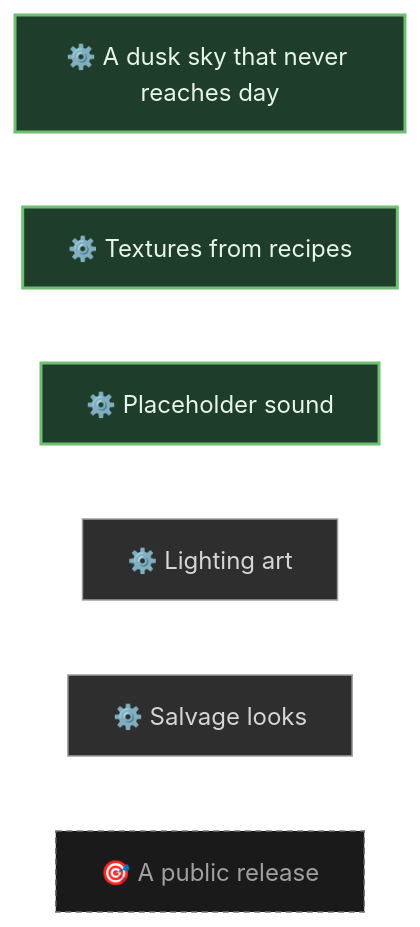
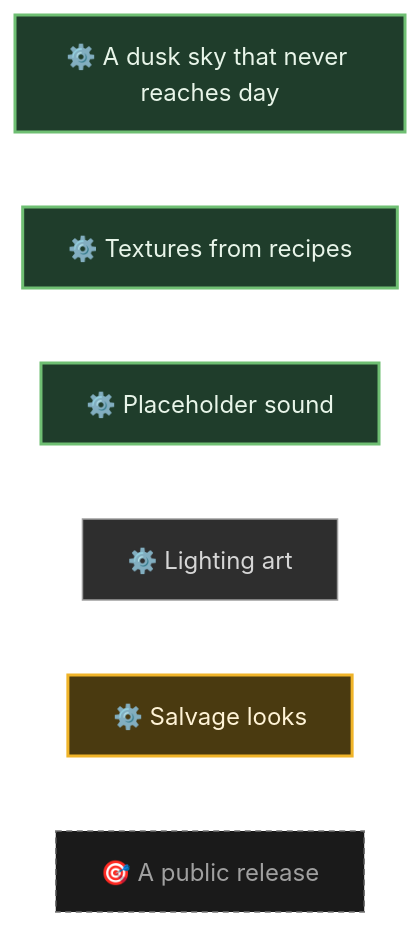
Before and after one commit to pkeppeler/deepcharter: diagram 28 of 30 in docs/FEATURE-MAP.md, drawn with Mermaid. The commit also changed other lines of this file and 2 other files, not shown here.

First line of the commit message:
Feature map: five pieces of work in flight are in progress

````diff
--- a/docs/FEATURE-MAP.md
+++ b/docs/FEATURE-MAP.md
@@ -1504,17 +1506,18 @@
 ```mermaid
 flowchart LR
   n_dusk_sky["⚙️ A dusk sky that never reaches day"]
   n_texture_recipes["⚙️ Textures from recipes"]
   n_placeholder_sound["⚙️ Placeholder sound"]
   n_art_lighting["⚙️ Lighting art"]
   n_salvage_looks["⚙️ Salvage looks"]
   n_public_release["🎯 A public release"]
   classDef built fill:#1f3d2b,stroke:#6fbf73,stroke-width:2px,color:#e8f5e9
   classDef progress fill:#4a3a10,stroke:#f0b429,stroke-width:2px,color:#fff3d6
   classDef planned fill:#2e2e2e,stroke:#9e9e9e,stroke-width:1px,color:#d6d6d6
   classDef idea fill:#1a1a1a,stroke:#757575,stroke-width:1px,stroke-dasharray:4 3,color:#a0a0a0
   classDef ext fill:#ffffff,stroke:#999999,stroke-width:1px,stroke-dasharray:2 2,color:#555555
   class n_dusk_sky,n_texture_recipes,n_placeholder_sound built
-  class n_art_lighting,n_salvage_looks planned
+  class n_salvage_looks progress
+  class n_art_lighting planned
   class n_public_release idea
 ```
````
